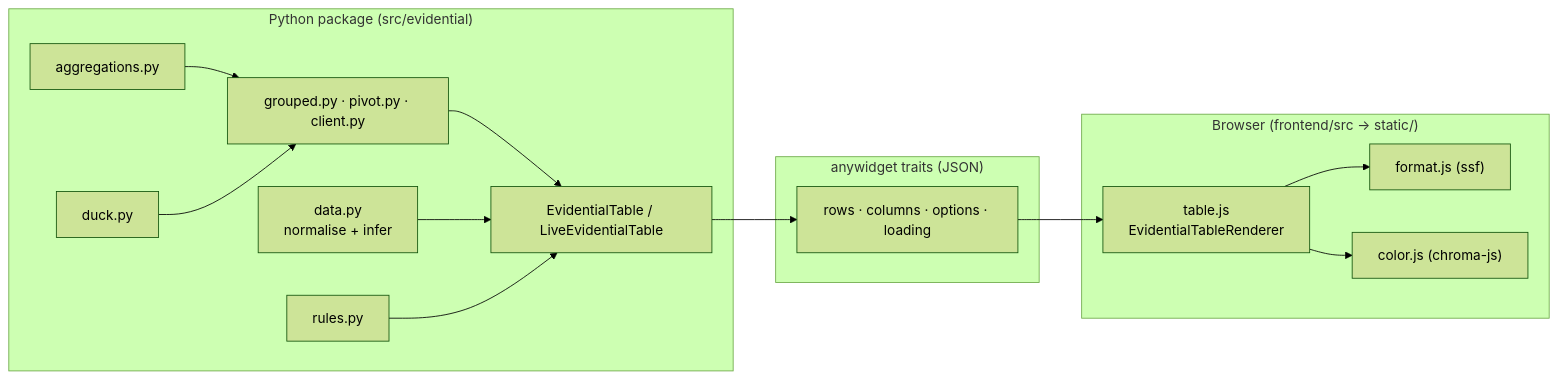
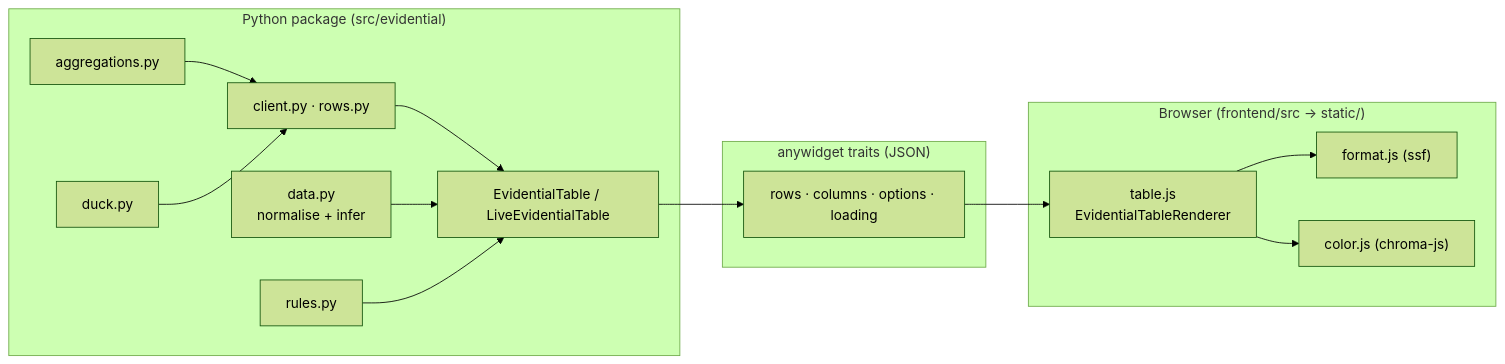
One commit to edouardp/evidential changed the first of 10 diagrams in docs/technical-architecture.md. Above: the diagram before and after it, drawn with Mermaid (forest theme). The commit also changed other lines of this file and 82 other files, not shown here.

````diff
--- a/docs/technical-architecture.md
+++ b/docs/technical-architecture.md
@@ -31,27 +31,27 @@
 ```mermaid
 flowchart LR
   subgraph Python["Python package (src/evidential)"]
     ET["EvidentialTable / LiveEvidentialTable"]
     DATA["data.py<br/>normalise + infer"]
-    G["grouped.py · pivot.py · client.py"]
+    G["client.py · rows.py"]
     R["rules.py"]
     A["aggregations.py"]
     D["duck.py"]
   end
   subgraph Wire["anywidget traits (JSON)"]
     T["rows · columns · options · loading"]
   end
   subgraph JS["Browser (frontend/src → static/)"]
     TB["table.js<br/>EvidentialTableRenderer"]
     F["format.js (ssf)"]
     C["color.js (chroma-js)"]
   end
   G --> ET
   DATA --> ET
   R --> ET
   A --> G
   D --> G
   ET --> T --> TB
   TB --> F
   TB --> C
 ```
````
